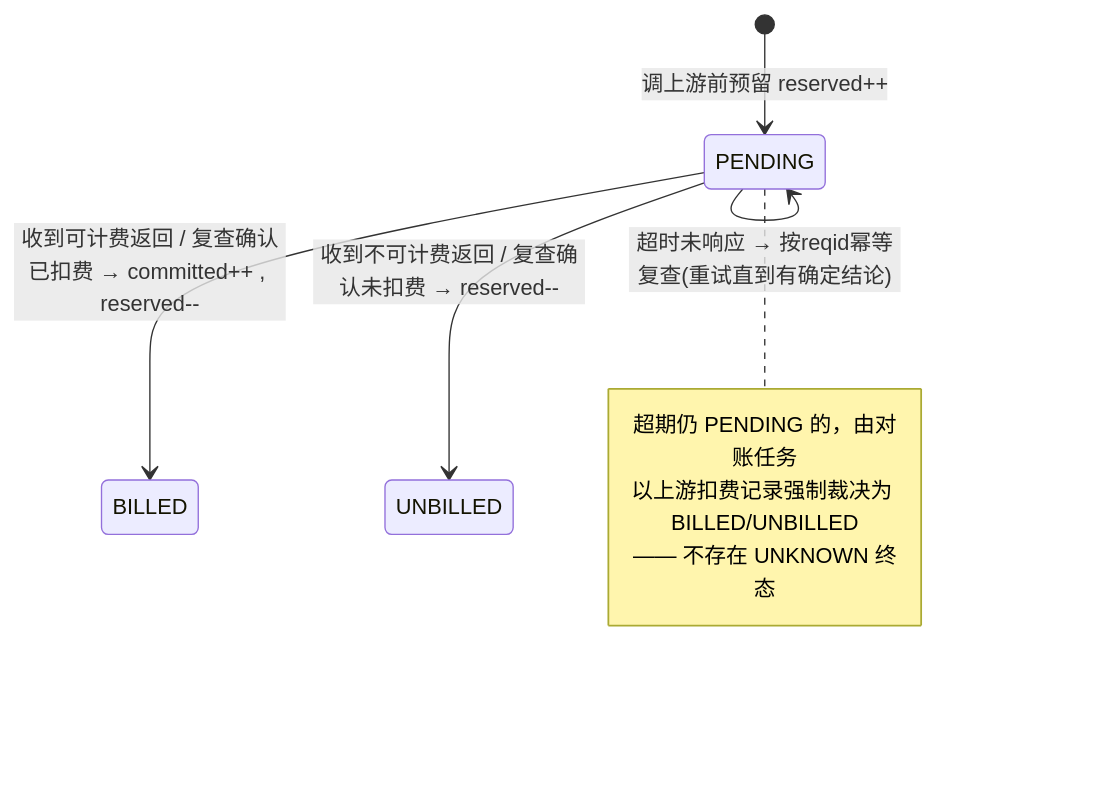
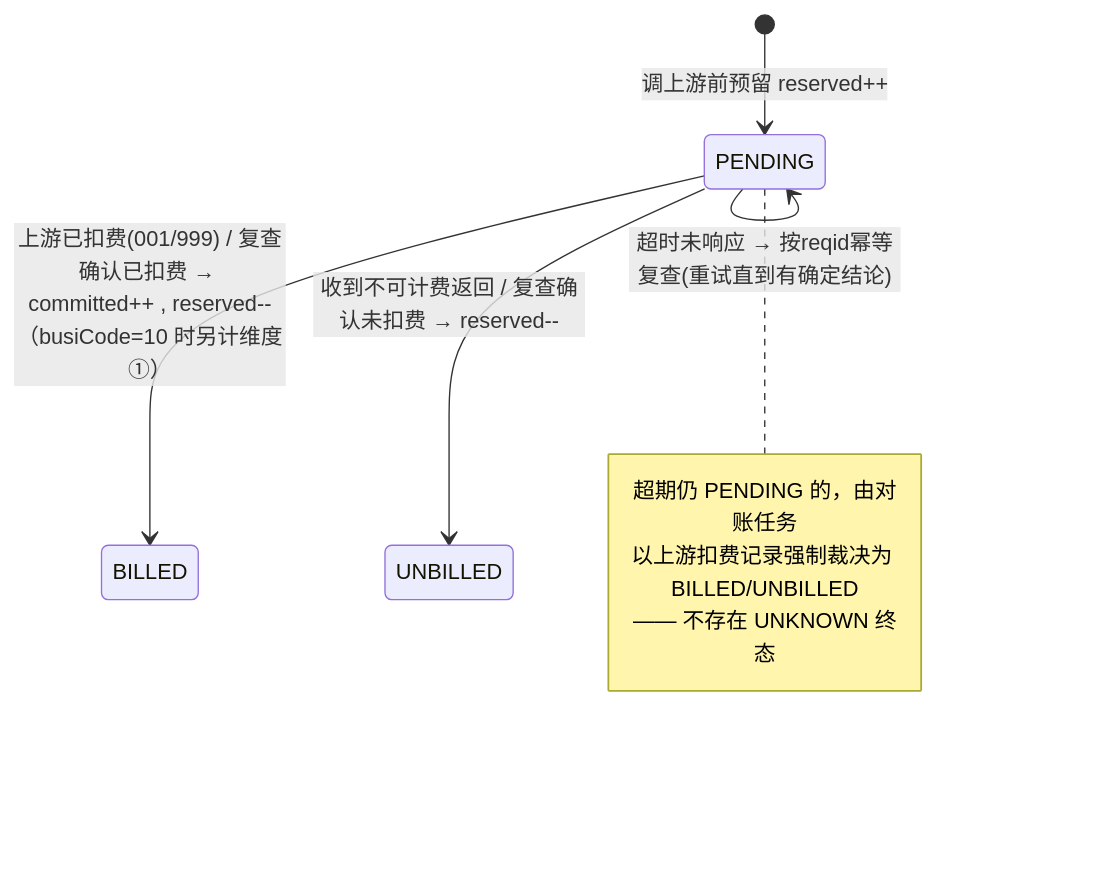
The third of 3 diagrams in docs/DESIGN.md (YunChen1227/DataHub), drawn with Mermaid before and after one commit. The commit also changed other lines of this file and 51 other files, not shown here.

````diff
--- a/docs/DESIGN.md
+++ b/docs/DESIGN.md
@@ -332,12 +364,12 @@
 ```mermaid
 stateDiagram-v2
     [*] --> PENDING: 调上游前预留 reserved++
-    PENDING --> BILLED: 收到可计费返回 / 复查确认已扣费 → committed++ , reserved--
+    PENDING --> BILLED: 上游已扣费(001/999) / 复查确认已扣费 → committed++ , reserved--（busiCode=10 时另计维度①）
     PENDING --> UNBILLED: 收到不可计费返回 / 复查确认未扣费 → reserved--
     PENDING --> PENDING: 超时未响应 → 按reqid幂等复查(重试直到有确定结论)
     note right of PENDING
       超期仍 PENDING 的，由对账任务
       以上游扣费记录强制裁决为 BILLED/UNBILLED
       —— 不存在 UNKNOWN 终态
     end note
 ```
````
